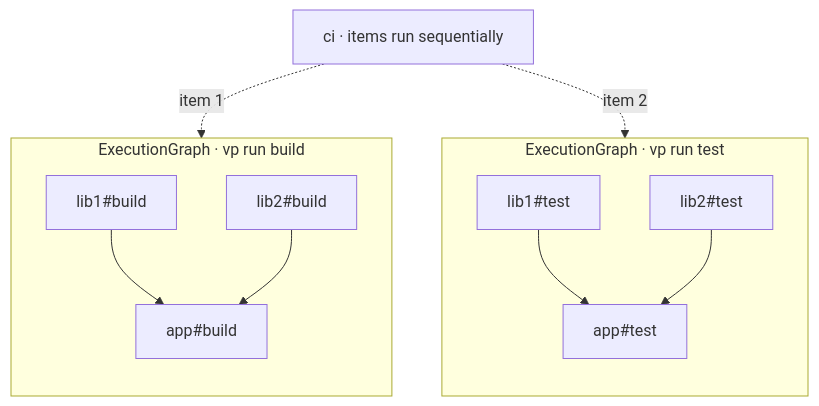
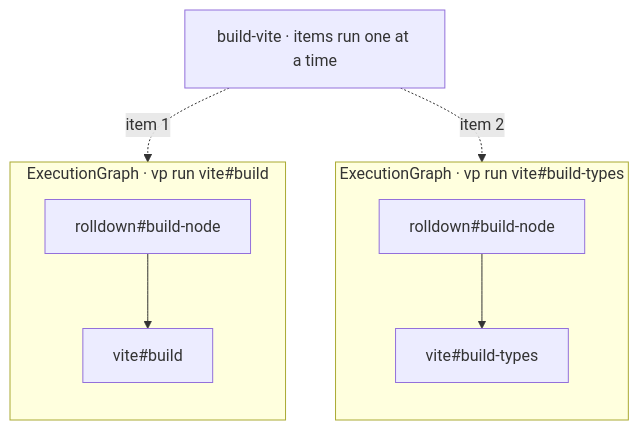
Before and after one commit to RSS1102/vite-task: the second of 4 diagrams in docs/rfcs/run-many.md, drawn with Mermaid. The commit also changed other lines of this file, not shown here.

Commit message:
docs(rfc): rewrite run-many with vite-plus task names, clearer sequence/parallel callouts

````diff
--- a/docs/rfcs/run-many.md
+++ b/docs/rfcs/run-many.md
@@ -32,18 +44,16 @@
 ```mermaid
 flowchart TD
-  root["ci · items run sequentially"]
+  root["build-vite · items run one at a time"]
   root -. item 1 .-> G1
   root -. item 2 .-> G2
 
-  subgraph G1["ExecutionGraph · vp run build"]
+  subgraph G1["ExecutionGraph · vp run vite#build"]
     direction TB
-    b1[lib1#build] --> ba[app#build]
-    b2[lib2#build] --> ba
+    rn1[rolldown#build-node] --> vb[vite#build]
   end
 
-  subgraph G2["ExecutionGraph · vp run test"]
+  subgraph G2["ExecutionGraph · vp run vite#build-types"]
     direction TB
-    t1[lib1#test] --> ta[app#test]
-    t2[lib2#test] --> ta
+    rn2[rolldown#build-node] --> vbt[vite#build-types]
   end
 ```
````
